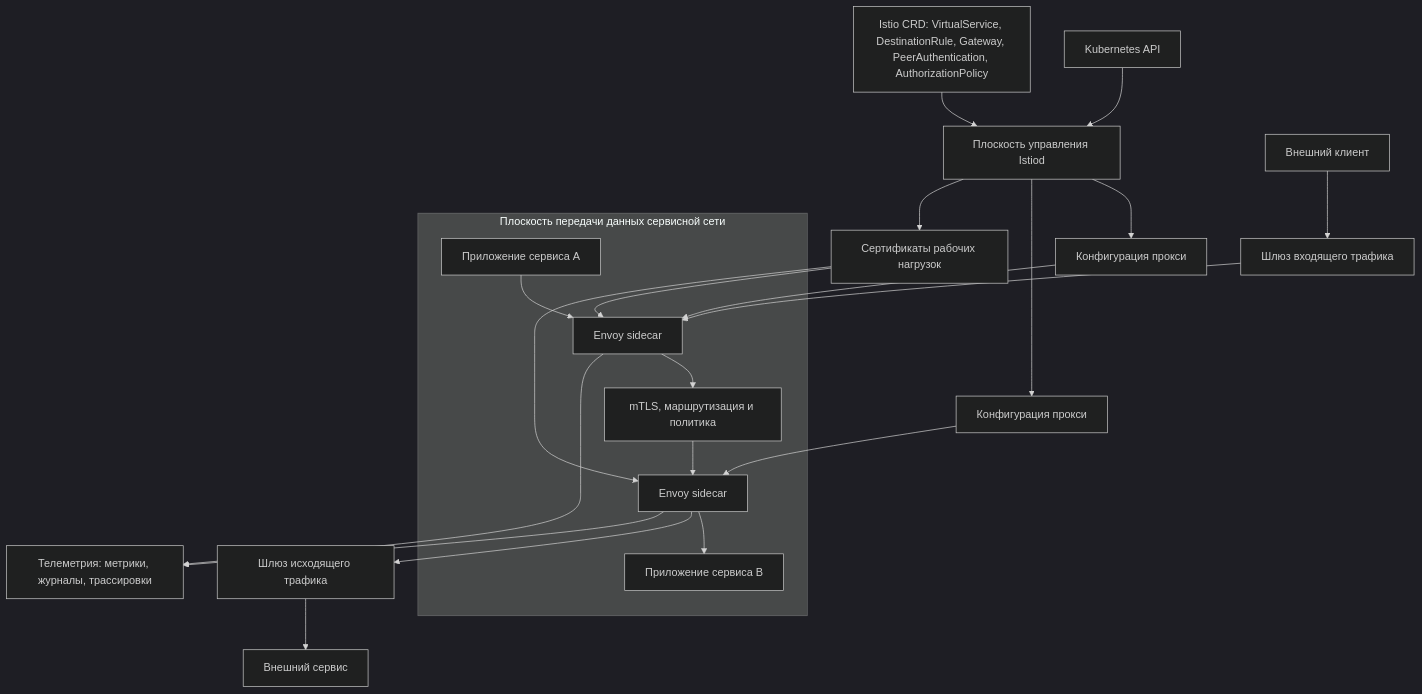
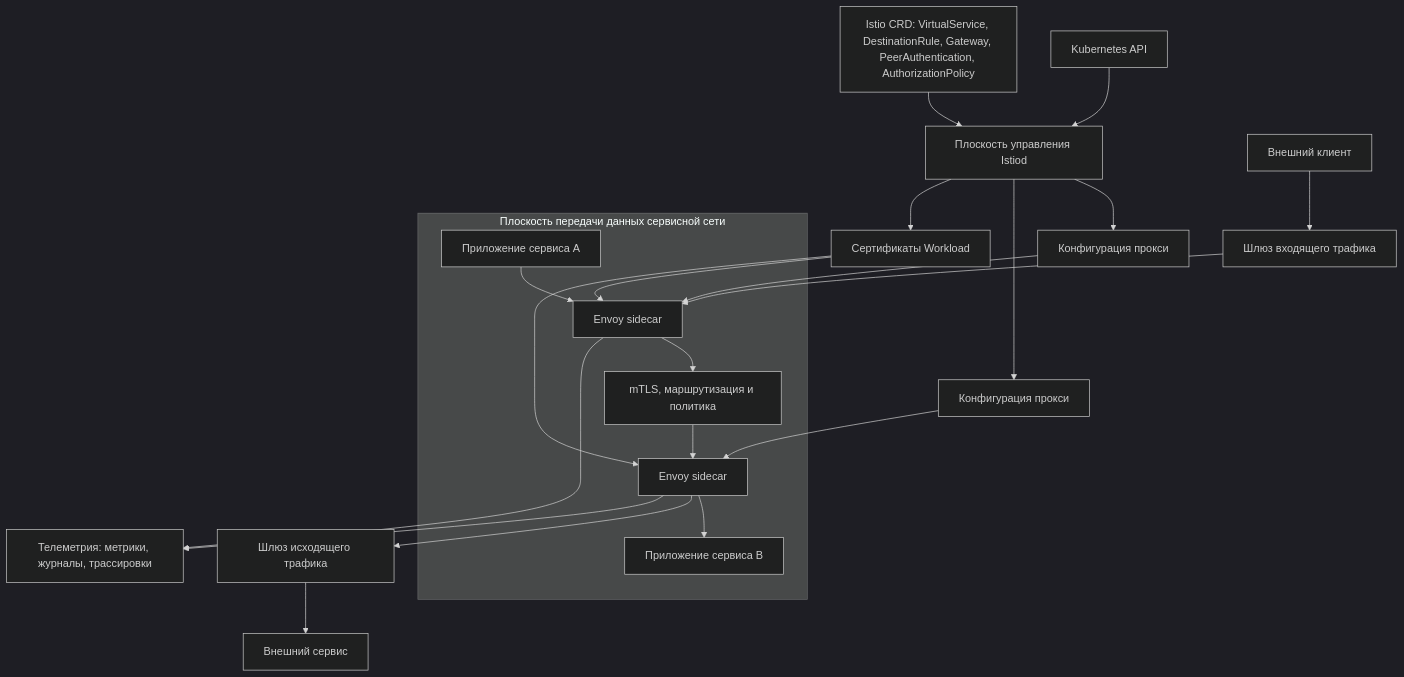
One commit to defrixx/defrixx.github.io changed the ninth of 17 diagrams in reference/infrastructure-technologies/infrastructure-technologies.ru.md. Above: the diagram before and after it, drawn with Mermaid (dark theme). The commit also changed other lines of this file and 201 other files, not shown here.

````diff
--- a/reference/infrastructure-technologies/infrastructure-technologies.ru.md
+++ b/reference/infrastructure-technologies/infrastructure-technologies.ru.md
@@ -681,28 +681,28 @@
 ```mermaid
 flowchart TB
   K8sAPI["Kubernetes API"] --> Istiod["Плоскость управления Istiod"]
   IstioCRD["Istio CRD: VirtualService, DestinationRule, Gateway, PeerAuthentication, AuthorizationPolicy"] --> Istiod
   Istiod --> ConfigA["Конфигурация прокси"]
   Istiod --> ConfigB["Конфигурация прокси"]
-  Istiod --> Certs["Сертификаты рабочих нагрузок"]
+  Istiod --> Certs["Сертификаты Workload"]
 
   subgraph Mesh["Плоскость передачи данных сервисной сети"]
     ServiceA["Приложение сервиса A"] --> EnvoyA["Envoy sidecar"]
     EnvoyA --> MTLS["mTLS, маршрутизация и политика"]
     MTLS --> EnvoyB["Envoy sidecar"]
     EnvoyB --> ServiceB["Приложение сервиса B"]
   end
 
   ConfigA --> EnvoyA
   ConfigB --> EnvoyB
   Certs --> EnvoyA
   Certs --> EnvoyB
 
   External["Внешний клиент"] --> IngressGW["Шлюз входящего трафика"]
   IngressGW --> EnvoyA
   EnvoyB --> EgressGW["Шлюз исходящего трафика"]
   EgressGW --> ExternalAPI["Внешний сервис"]
 
   EnvoyA --> Telemetry["Телеметрия: метрики, журналы, трассировки"]
   EnvoyB --> Telemetry
 ```
````
